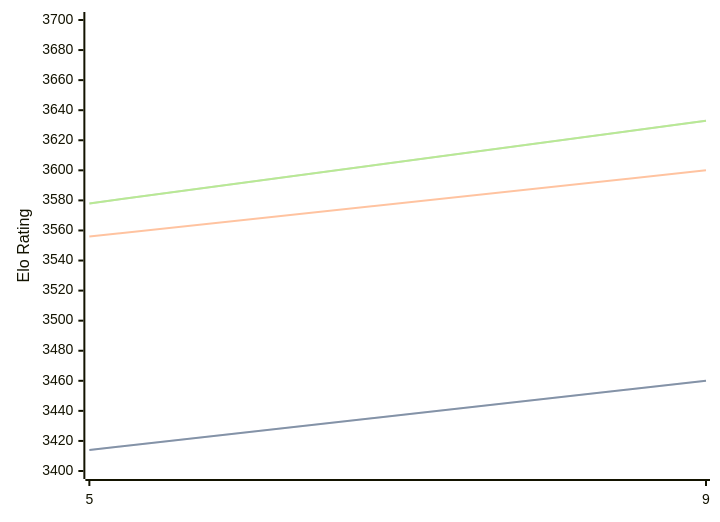
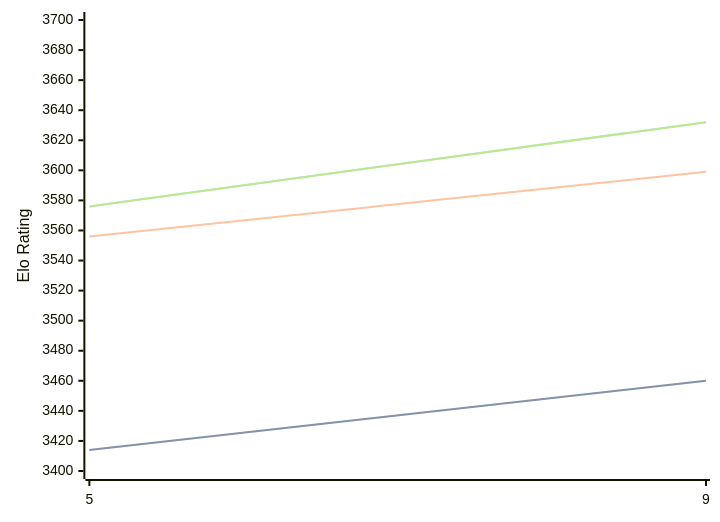
One commit to computer-chess-index/cci changed the diagram in engines/Crystal.md. Above: the diagram before and after it, drawn with Mermaid. The commit also changed other lines of this file, not shown here.

Commit message:
Update CCI Ratings (ELO VLTC) - 2026-03-15

````diff
--- a/engines/Crystal.md
+++ b/engines/Crystal.md
@@ -58,11 +58,11 @@
 ```mermaid
 %%{init: {"theme":"base","themeVariables":{"seriesColors:['#a3a3a3','#222221','#faa371']}}}%%
 xychart-beta
   x-axis ["5", "9"]
   y-axis "Elo Rating" 3400 --> 3700
   line "STC (8.0+0.08s)" [3414, 3460]
   line "STC (8.0+0.08s)" [3414, 3460]
-  line "LTC (60.0+0.60s)" [3556, 3600]
-  line "VLTC (2m24s+1.12s)" [3578, 3633]
-  line "VLTC (2m24s+1.12s)" [3578, 3633]
+  line "LTC (60.0+0.60s)" [3556, 3599]
+  line "VLTC (2m24s+1.12s)" [3576, 3632]
+  line "VLTC (2m24s+1.12s)" [3576, 3632]
 ```
````
